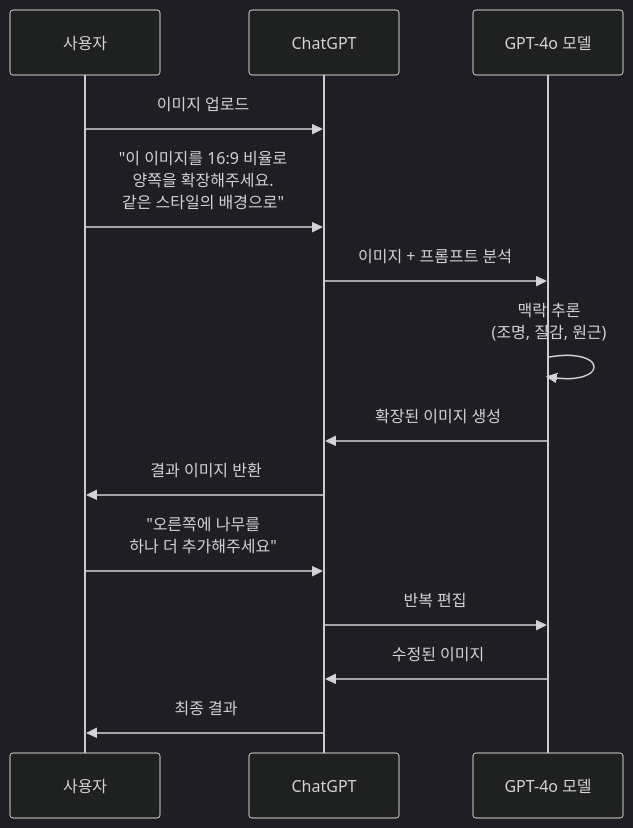
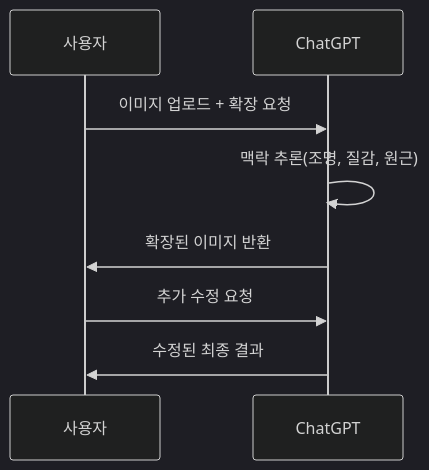
The second of 3 diagrams in 06-ch6-이미지-편집-기법-img2img인페인팅아웃페인팅/04-04-아웃페인팅-캔버스-확장과-구도-재구성.md (jsonpassion/forge-tutorial-promptcanvas), drawn with Mermaid (dark theme) before and after one commit. The commit also changed other lines of this file and 63 other files, not shown here.

````diff
--- a/06-ch6-이미지-편집-기법-img2img인페인팅아웃페인팅/04-04-아웃페인팅-캔버스-확장과-구도-재구성.md
+++ b/06-ch6-이미지-편집-기법-img2img인페인팅아웃페인팅/04-04-아웃페인팅-캔버스-확장과-구도-재구성.md
@@ -102,17 +52,10 @@
 ```mermaid
 sequenceDiagram
     participant U as 사용자
     participant C as ChatGPT
-    participant M as GPT-4o 모델
-    
-    U->>C: 이미지 업로드
-    U->>C: "이 이미지를 16:9 비율로<br/>양쪽을 확장해주세요.<br/>같은 스타일의 배경으로"
-    C->>M: 이미지 + 프롬프트 분석
-    M->>M: 맥락 추론<br/>(조명, 질감, 원근)
-    M->>C: 확장된 이미지 생성
-    C->>U: 결과 이미지 반환
-    U->>C: "오른쪽에 나무를<br/>하나 더 추가해주세요"
-    C->>M: 반복 편집
-    M->>C: 수정된 이미지
-    C->>U: 최종 결과
+    U->>C: 이미지 업로드 + 확장 요청
+    C->>C: 맥락 추론(조명, 질감, 원근)
+    C->>U: 확장된 이미지 반환
+    U->>C: 추가 수정 요청
+    C->>U: 수정된 최종 결과
 ```
````
